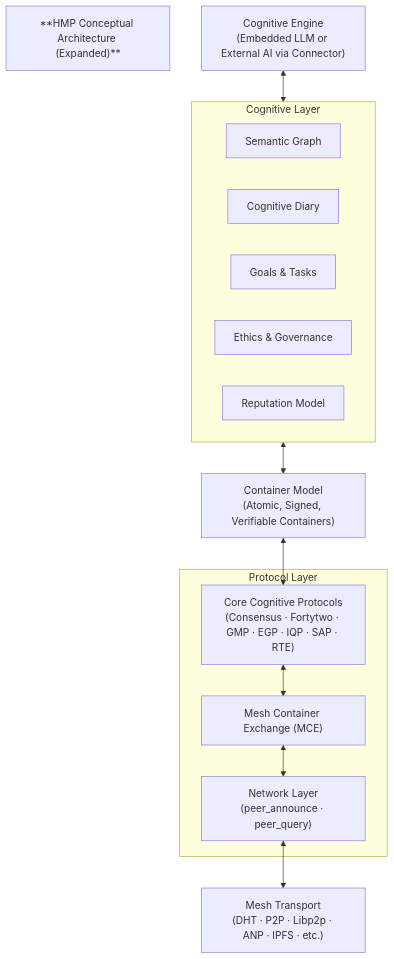
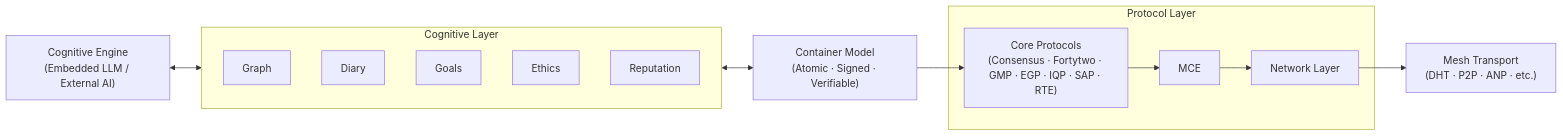
The second of 2 diagrams in README.md (kagvi13/HMP), drawn with Mermaid before and after one commit. The commit also changed other lines of this file, not shown here.

````diff
--- a/README.md
+++ b/README.md
@@ -93,44 +99,40 @@
 ```mermaid
-flowchart TD
-
-%% Title (visual anchor)
-title["**HMP Conceptual Architecture (Expanded)**"]
+flowchart LR
 
 %% Cognitive Engine
 LLM["Cognitive Engine
-(Embedded LLM or External AI via Connector)"]
+(Embedded LLM / External AI)"]
 
 %% Cognitive Layer
 subgraph CognitiveLayer["Cognitive Layer"]
-    CL1["Semantic Graph"]
-    CL2["Cognitive Diary"]
-    CL3["Goals & Tasks"]
-    CL4["Ethics & Governance"]
-    CL5["Reputation Model"]
+    CL1["Graph"]
+    CL2["Diary"]
+    CL3["Goals"]
+    CL4["Ethics"]
+    CL5["Reputation"]
 end
 
 %% Container Model
 ContainersLayer["Container Model
-(Atomic, Signed, Verifiable Containers)"]
+(Atomic · Signed · Verifiable)"]
 
-%% Protocol Stack
+%% Protocol Layer
 subgraph ProtocolLayer["Protocol Layer"]
-    CoreProtocols["Core Cognitive Protocols
+    CoreProtocols["Core Protocols
 (Consensus · Fortytwo · GMP · EGP · IQP · SAP · RTE)"]
-    MCE["Mesh Container Exchange (MCE)"]
-    NetworkLayer["Network Layer
-(peer_announce · peer_query)"]
+    MCE["MCE"]
+    NetworkLayer["Network Layer"]
 end
 
 %% Mesh
 Mesh["Mesh Transport
-(DHT · P2P · Libp2p · ANP · IPFS · etc.)"]
+(DHT · P2P · ANP · etc.)"]
 
 %% Connections
 LLM <--> CognitiveLayer
 CognitiveLayer <--> ContainersLayer
-ContainersLayer <--> CoreProtocols
-CoreProtocols <--> MCE
-MCE <--> NetworkLayer
-NetworkLayer <--> Mesh
+ContainersLayer --> CoreProtocols
+CoreProtocols --> MCE
+MCE --> NetworkLayer
+NetworkLayer --> Mesh
 ```
````
